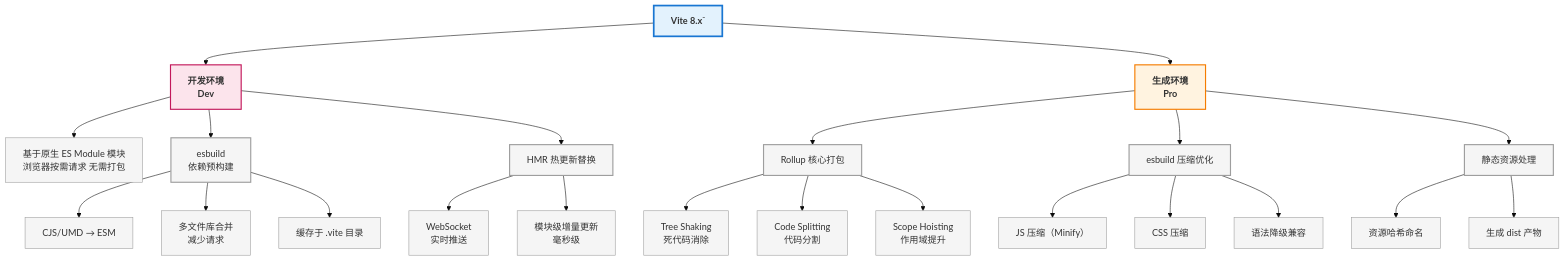
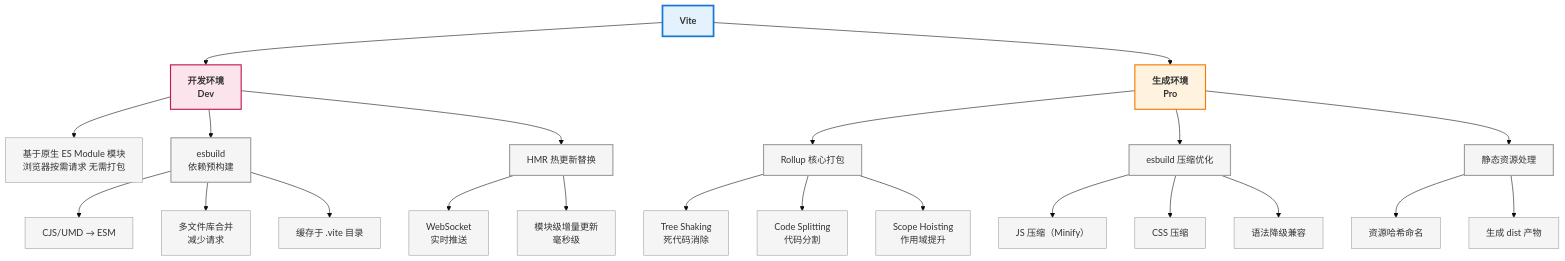
Before and after one commit to HumorFrank/ordinary-coder: the first of 10 diagrams in docs/core/fe-eng.md, drawn with Mermaid (base theme). The commit also changed other lines of this file, not shown here.

Commit message:
chore(fe-eng): 前端工程 — 项目构建(Vite)， 开发服务器启动流程

````diff
--- a/docs/core/fe-eng.md
+++ b/docs/core/fe-eng.md
@@ -155,50 +155,50 @@
 ```mermaid
 graph TD
-    A[Vite 8.x⁻] --> B[开发环境<br/>Dev]
+    A[Vite ] --> B[开发环境<br/>Dev] 
     A --> C[生成环境<br/>Pro]
 
     B --> B1["基于原生 ES Module 模块<br/>浏览器按需请求 无需打包"]
     B --> B2[esbuild <br/>依赖预构建]
     B2 --> B2a[CJS/UMD → ESM]
     B2 --> B2b[多文件库合并<br/>减少请求]
     B2 --> B2c[缓存于 .vite 目录]
     B --> B3[HMR 热更新替换]
     B3 --> B3a[WebSocket<br/>实时推送]
     B3 --> B3b[模块级增量更新<br/>毫秒级]
 
     C --> C1[Rollup 核心打包]
     C1 --> C1a[Tree Shaking <br/>死代码消除]
     C1 --> C1b[Code Splitting <br/>代码分割]
     C1 --> C1c[Scope Hoisting <br/>作用域提升]
     C --> C2[esbuild 压缩优化]
     C2 --> C2a[JS 压缩（Minify）]
     C2 --> C2b[CSS 压缩]
     C2 --> C2c[语法降级兼容]
     C --> C3[静态资源处理]
     C3 --> C3a[资源哈希命名]
     C3 --> C3b[生成 dist 产物]
 
     %% 样式
     style A fill:#e3f2fd,stroke:#1976d2,stroke-width:3px,font-weight:bold
     style B fill:#fce4ec,stroke:#c2185b,stroke-width:2px,font-weight:bold
     style C fill:#fff3e0,stroke:#f57c00,stroke-width:2px,font-weight:bold
     style B1 fill:#f5f5f5,stroke:#9e9e9e,stroke-width:1px
     style B2 fill:#f5f5f5,stroke:#9e9e9e,stroke-width:2px
     style B2a fill:#f5f5f5,stroke:#9e9e9e,stroke-width:1px
     style B2b fill:#f5f5f5,stroke:#9e9e9e,stroke-width:1px
     style B2c fill:#f5f5f5,stroke:#9e9e9e,stroke-width:1px
     style B3 fill:#f5f5f5,stroke:#9e9e9e,stroke-width:2px
     style B3a fill:#f5f5f5,stroke:#9e9e9e,stroke-width:1px
     style B3b fill:#f5f5f5,stroke:#9e9e9e,stroke-width:1px
     style C1 fill:#f5f5f5,stroke:#9e9e9e,stroke-width:2px
     style C1a fill:#f5f5f5,stroke:#9e9e9e,stroke-width:1px
     style C1b fill:#f5f5f5,stroke:#9e9e9e,stroke-width:1px
     style C1c fill:#f5f5f5,stroke:#9e9e9e,stroke-width:1px
     style C2 fill:#f5f5f5,stroke:#9e9e9e,stroke-width:2px
     style C2a fill:#f5f5f5,stroke:#9e9e9e,stroke-width:1px
     style C2b fill:#f5f5f5,stroke:#9e9e9e,stroke-width:1px
     style C2c fill:#f5f5f5,stroke:#9e9e9e,stroke-width:1px
     style C3 fill:#f5f5f5,stroke:#9e9e9e,stroke-width:2px
     style C3a fill:#f5f5f5,stroke:#9e9e9e,stroke-width:1px
     style C3b fill:#f5f5f5,stroke:#9e9e9e,stroke-width:1px
 ```
````
